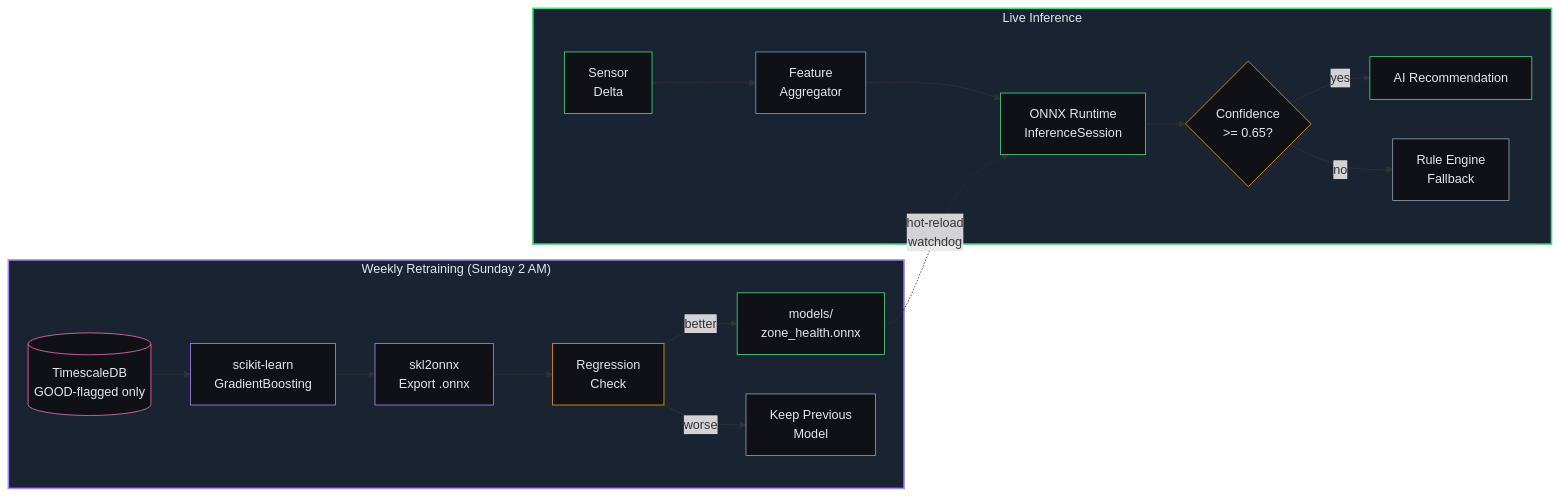
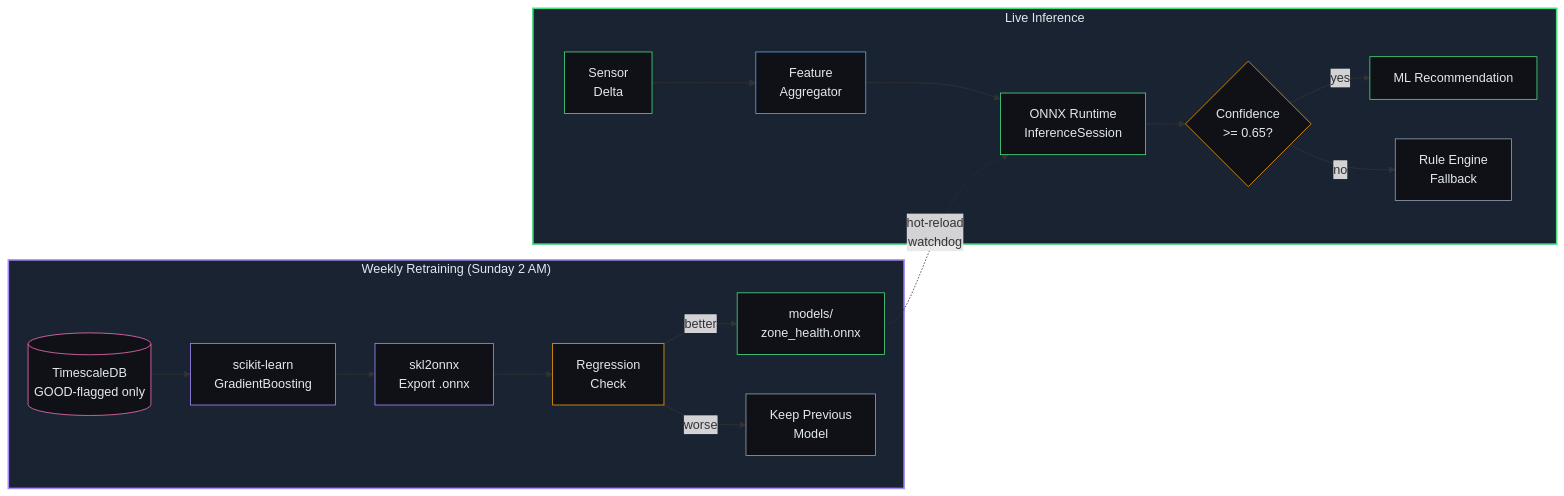
Before and after one commit to synaesthetik/backyard-farm: the fourth of 4 diagrams in README.md, drawn with Mermaid. The commit also changed other lines of this file, not shown here.

````diff
--- a/README.md
+++ b/README.md
@@ -245,35 +245,35 @@
 ```mermaid
 graph LR
     subgraph TRAINING["Weekly Retraining (Sunday 2 AM)"]
         DATA[("TimescaleDB<br/>GOOD-flagged only")] --> TRAIN["scikit-learn<br/>GradientBoosting"]
         TRAIN --> EXPORT["skl2onnx<br/>Export .onnx"]
         EXPORT --> VALIDATE["Regression<br/>Check"]
         VALIDATE -->|better| DEPLOY["models/<br/>zone_health.onnx"]
         VALIDATE -->|worse| KEEP["Keep Previous<br/>Model"]
     end
 
     subgraph INFERENCE["Live Inference"]
         SENSOR["Sensor<br/>Delta"] --> AGG["Feature<br/>Aggregator"]
         AGG --> ONNX["ONNX Runtime<br/>InferenceSession"]
         ONNX --> CONF{"Confidence<br/>>= 0.65?"}
-        CONF -->|yes| REC["AI Recommendation"]
+        CONF -->|yes| REC["ML Recommendation"]
         CONF -->|no| FALLBACK["Rule Engine<br/>Fallback"]
     end
 
     DEPLOY -.->|hot-reload<br/>watchdog| ONNX
 
     style TRAINING fill:#1a2332,stroke:#a78bfa,stroke-width:2px,color:#e2e8f0
     style INFERENCE fill:#1a2332,stroke:#4ade80,stroke-width:2px,color:#e2e8f0
     style DATA fill:#0f1117,stroke:#f472b6,color:#e2e8f0
     style TRAIN fill:#0f1117,stroke:#a78bfa,color:#e2e8f0
     style EXPORT fill:#0f1117,stroke:#a78bfa,color:#e2e8f0
     style VALIDATE fill:#0f1117,stroke:#f59e0b,color:#e2e8f0
     style DEPLOY fill:#0f1117,stroke:#4ade80,color:#e2e8f0
     style KEEP fill:#0f1117,stroke:#94a3b8,color:#e2e8f0
     style SENSOR fill:#0f1117,stroke:#4ade80,color:#e2e8f0
     style AGG fill:#0f1117,stroke:#60a5fa,color:#e2e8f0
     style ONNX fill:#0f1117,stroke:#4ade80,color:#e2e8f0
     style CONF fill:#0f1117,stroke:#f59e0b,color:#e2e8f0
     style REC fill:#0f1117,stroke:#4ade80,color:#e2e8f0
     style FALLBACK fill:#0f1117,stroke:#94a3b8,color:#e2e8f0
 ```
````
